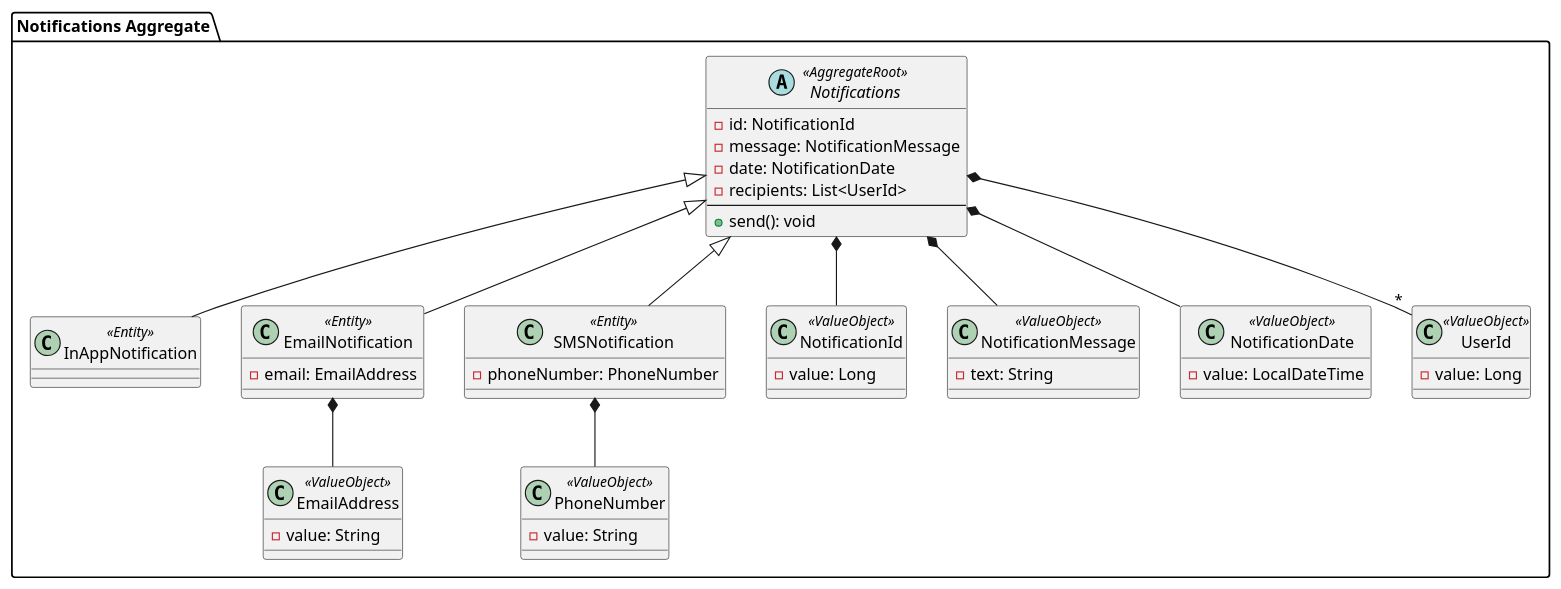
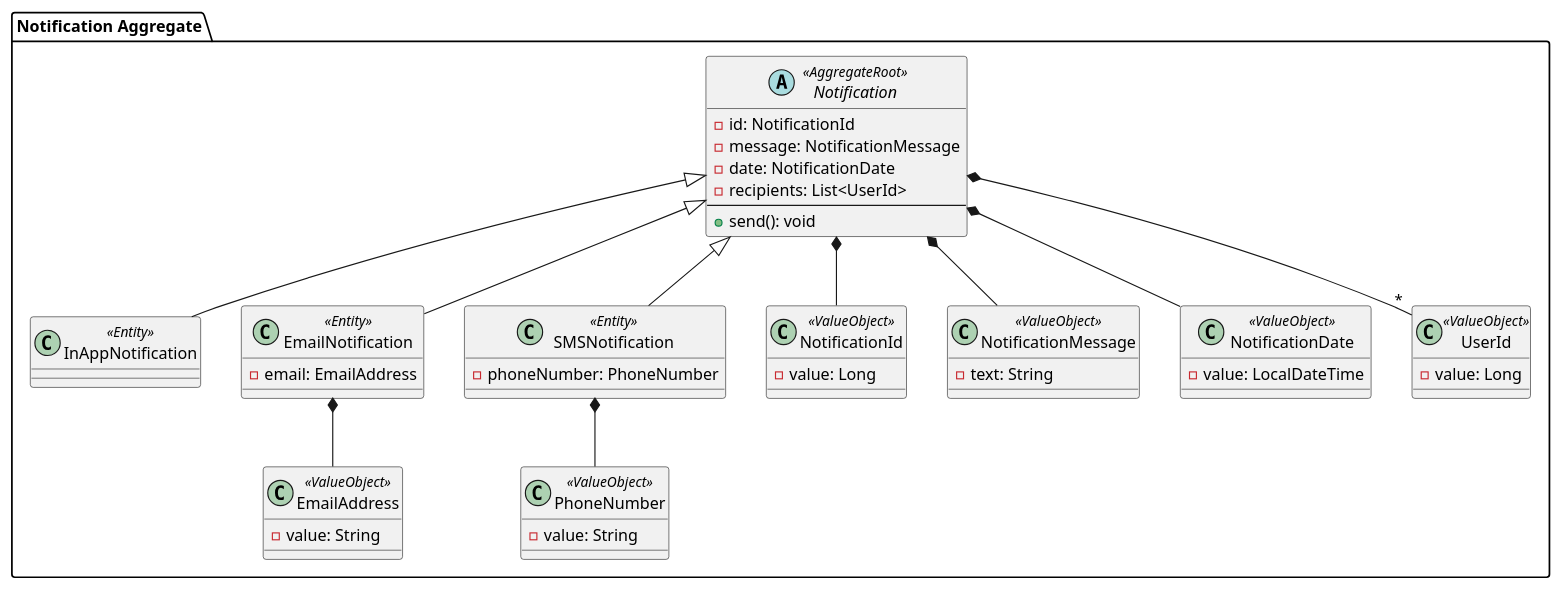
One commit to SoftwareD-P/Proyect-Documentation changed the diagram in Diagrams/aggregates/notifications.puml. Above: the diagram before and after it, drawn with PlantUML. The commit also changed 8 other files, not shown here.

Commit message:
chore: Diagrams updated

```diff
--- a/Diagrams/aggregates/notifications.puml
+++ b/Diagrams/aggregates/notifications.puml
@@ -1,53 +1,54 @@
-@startuml Notifications BC Aggregate
+@startuml Notification BC Aggregate
 
-package "Notifications Aggregate" {
-  abstract class Notifications <<AggregateRoot>> {
+package "Notification Aggregate" {
+  abstract class Notification <<AggregateRoot>> {
     - id: NotificationId
     - message: NotificationMessage
     - date: NotificationDate
     - recipients: List<UserId>
     --
     + send(): void
   }
 
-  class InAppNotification <<Entity>> extends Notifications
-  class EmailNotification <<Entity>> extends Notifications {
+  class InAppNotification <<Entity>> extends Notification {
+  }
+  class EmailNotification <<Entity>> extends Notification {
     - email: EmailAddress
   }
-  class SMSNotification <<Entity>> extends Notifications {
+  class SMSNotification <<Entity>> extends Notification {
     - phoneNumber: PhoneNumber
   }
 
   class NotificationId <<ValueObject>> {
     - value: Long
   }
 
   class NotificationMessage <<ValueObject>> {
     - text: String
   }
 
   class NotificationDate <<ValueObject>> {
     - value: LocalDateTime
   }
 
   class UserId <<ValueObject>> {
     - value: Long
   }
 
   class EmailAddress <<ValueObject>> {
     - value: String
   }
 
   class PhoneNumber <<ValueObject>> {
     - value: String
   }
 
-  Notifications *-- NotificationId
-  Notifications *-- NotificationMessage
-  Notifications *-- NotificationDate
-  Notifications *-- "*" UserId
+  Notification *-- NotificationId
+  Notification *-- NotificationMessage
+  Notification *-- NotificationDate
+  Notification *-- "*" UserId
   EmailNotification *-- EmailAddress
   SMSNotification *-- PhoneNumber
 }
 
 @enduml
```
